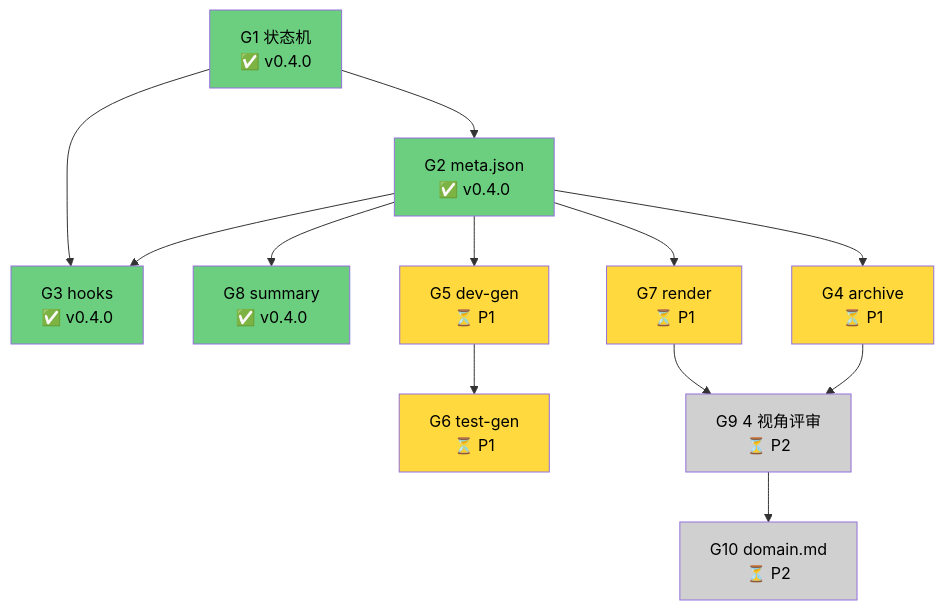
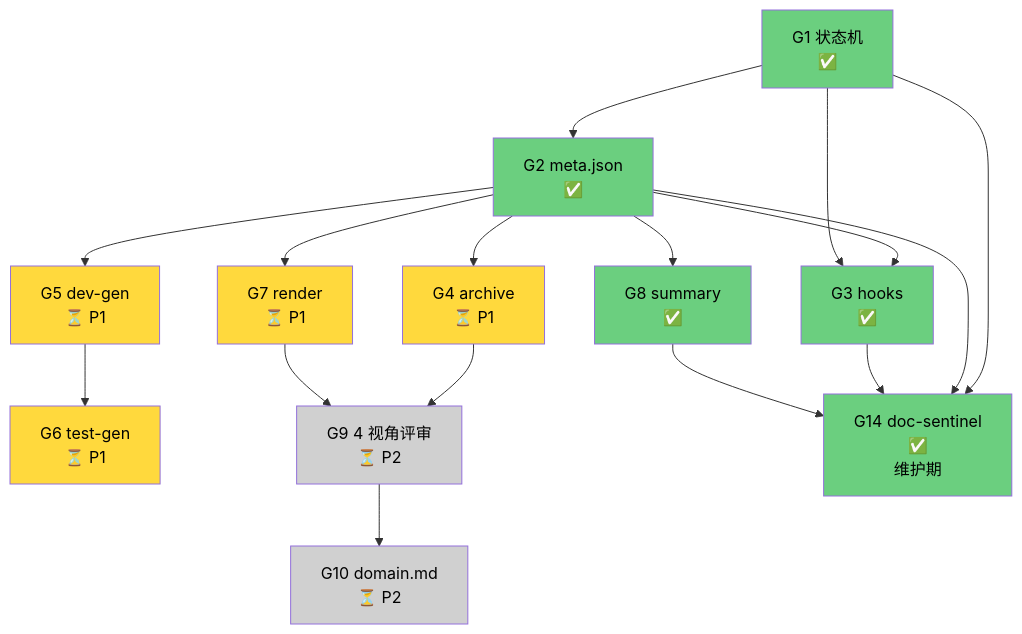
One commit to gudandezhu/claude-plugins changed the diagram in plugins/god/docs/roadmap.md. Above: the diagram before and after it, drawn with Mermaid. The commit also changed other lines of this file and 3 other files, not shown here.

````diff
--- a/plugins/god/docs/roadmap.md
+++ b/plugins/god/docs/roadmap.md
@@ -115,27 +116,33 @@
 ```mermaid
 graph TD
-    G1[G1 状态机<br/>✅ v0.4.0] --> G2[G2 meta.json<br/>✅ v0.4.0]
-    G2 --> G3[G3 hooks<br/>✅ v0.4.0]
+    G1[G1 状态机<br/>✅] --> G2[G2 meta.json<br/>✅]
+    G2 --> G3[G3 hooks<br/>✅]
     G1 --> G3
-    G2 --> G8[G8 summary<br/>✅ v0.4.0]
+    G2 --> G8[G8 summary<br/>✅]
 
     G2 --> G4[G4 archive<br/>⏳ P1]
     G2 --> G5[G5 dev-gen<br/>⏳ P1]
     G5 --> G6[G6 test-gen<br/>⏳ P1]
     G2 --> G7[G7 render<br/>⏳ P1]
 
     G4 --> G9[G9 4 视角评审<br/>⏳ P2]
     G7 --> G9
     G9 --> G10[G10 domain.md<br/>⏳ P2]
 
+    G1 --> G14[G14 doc-sentinel<br/>✅<br/>维护期]
+    G2 --> G14
+    G3 --> G14
+    G8 --> G14
+
     style G1 fill:#6bcf7f,color:#000
     style G2 fill:#6bcf7f,color:#000
     style G3 fill:#6bcf7f,color:#000
     style G8 fill:#6bcf7f,color:#000
+    style G14 fill:#6bcf7f,color:#000
     style G4 fill:#ffd93d,color:#000
     style G5 fill:#ffd93d,color:#000
     style G6 fill:#ffd93d,color:#000
     style G7 fill:#ffd93d,color:#000
     style G9 fill:#d0d0d0,color:#000
     style G10 fill:#d0d0d0,color:#000
 ```
````
